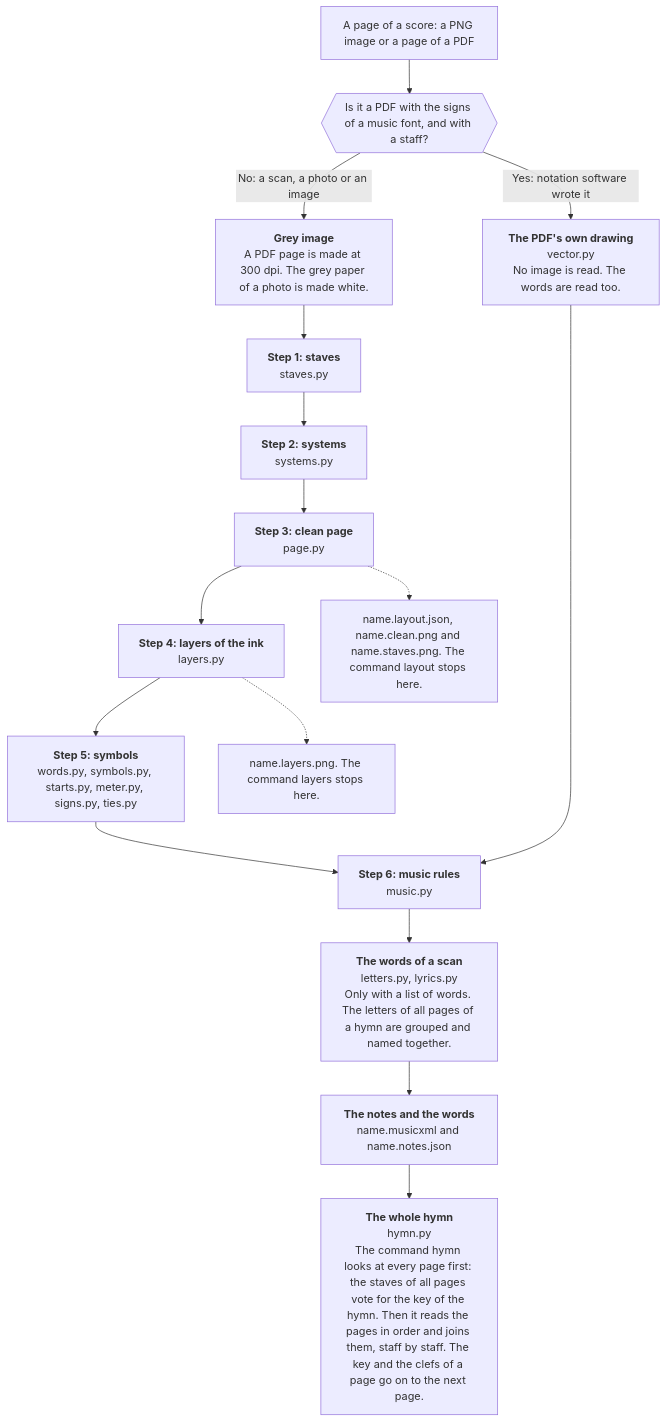
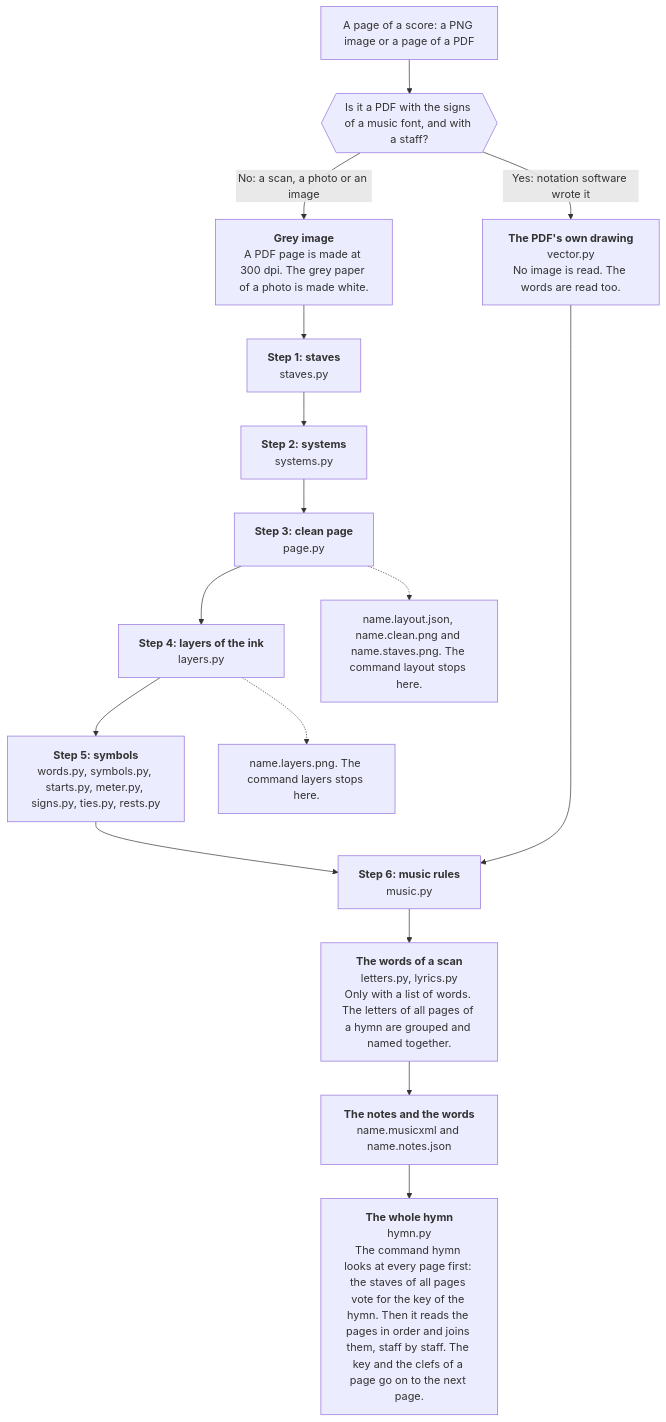
Before and after one commit to sweet-cicero/ScoreReader: the first of 12 diagrams in README.md, drawn with Mermaid. The commit also changed other lines of this file and 4 other files, not shown here.

````diff
--- a/README.md
+++ b/README.md
@@ -75,19 +75,19 @@
 ```mermaid
 flowchart TD
     source["A page of a score: a PNG image or a page of a PDF"]
     source --> kind{{"Is it a PDF with the signs of a music font, and with a staff?"}}
     kind -- "Yes: notation software wrote it" --> drawing["<b>The PDF's own drawing</b><br/>vector.py<br/>No image is read. The words are read too."]
     kind -- "No: a scan, a photo or an image" --> grey["<b>Grey image</b><br/>A PDF page is made at 300 dpi. The grey paper of a photo is made white."]
     grey --> staves["<b>Step 1: staves</b><br/>staves.py"]
     staves --> systems["<b>Step 2: systems</b><br/>systems.py"]
     systems --> clean["<b>Step 3: clean page</b><br/>page.py"]
     clean --> layers["<b>Step 4: layers of the ink</b><br/>layers.py"]
-    layers --> symbols["<b>Step 5: symbols</b><br/>words.py, symbols.py, starts.py, meter.py, signs.py, ties.py"]
+    layers --> symbols["<b>Step 5: symbols</b><br/>words.py, symbols.py, starts.py, meter.py, signs.py, ties.py, rests.py"]
     symbols --> music["<b>Step 6: music rules</b><br/>music.py"]
     drawing -------> music
     music --> words["<b>The words of a scan</b><br/>letters.py, lyrics.py<br/>Only with a list of words. The letters of all pages of a hymn are grouped and named together."]
     words --> notes["<b>The notes and the words</b><br/>name.musicxml and name.notes.json"]
     notes --> hymn["<b>The whole hymn</b><br/>hymn.py<br/>The command hymn looks at every page first: the staves of all pages vote for the key of the hymn. Then it reads the pages in order and joins them, staff by staff. The key and the clefs of a page go on to the next page."]
     clean -.-> layout["name.layout.json, name.clean.png and name.staves.png. The command layout stops here."]
     layers -.-> picture["name.layers.png. The command layers stops here."]
 ```
````
